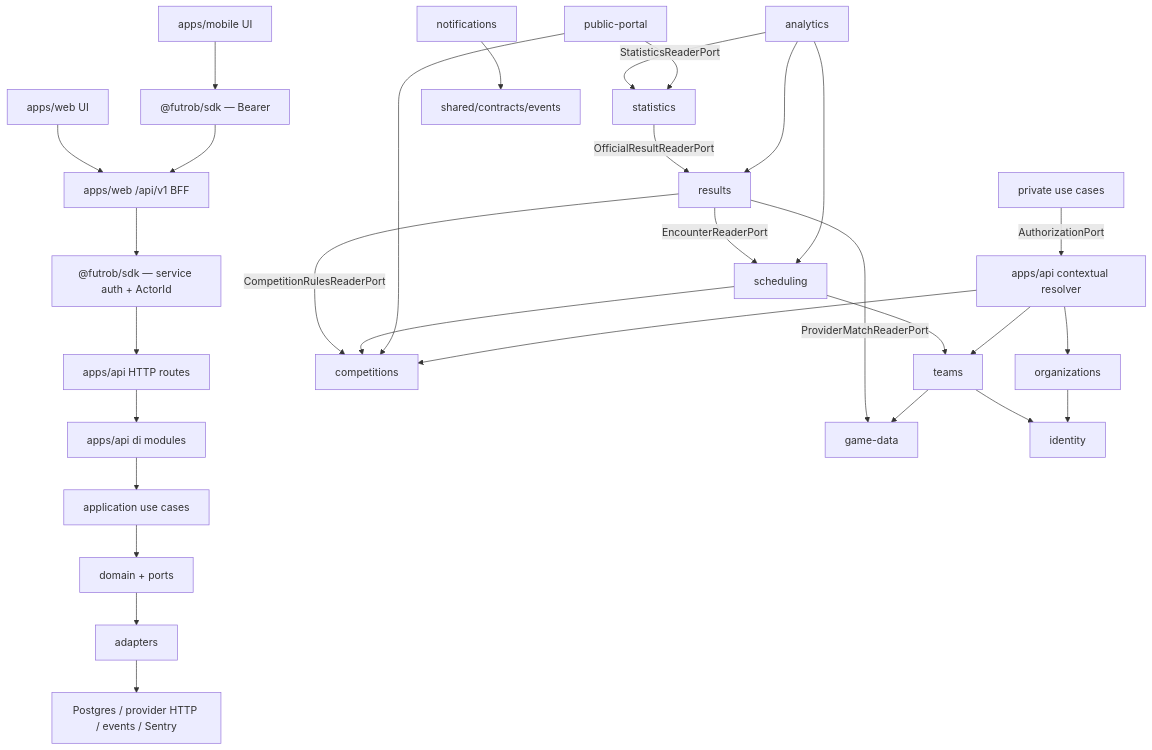
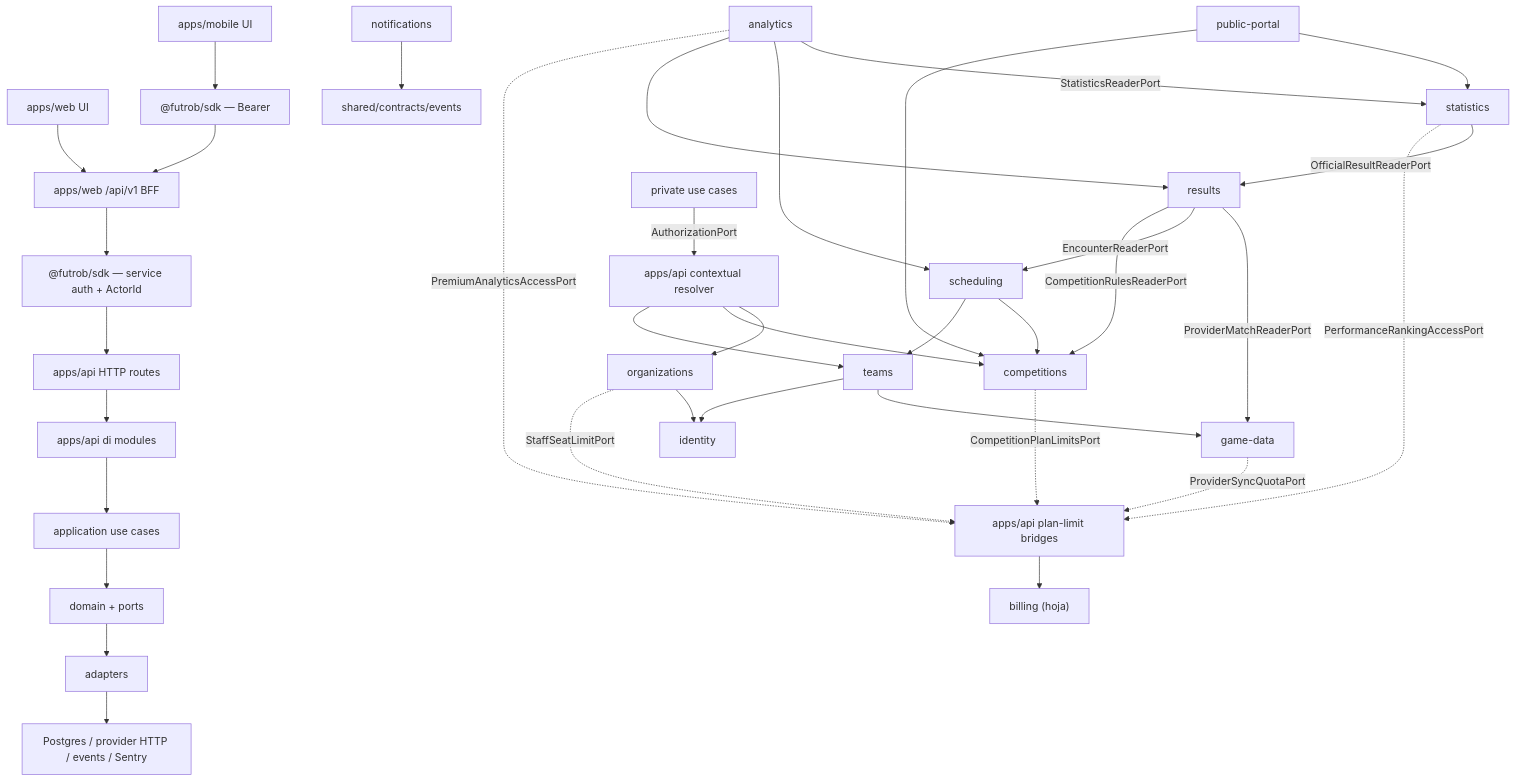
The first of 3 diagrams in docs/architecture/dependency-graph.md (thedavos/futrob), drawn with Mermaid before and after one commit. The commit also changed other lines of this file and 29 other files, not shown here.

````diff
--- a/docs/architecture/dependency-graph.md
+++ b/docs/architecture/dependency-graph.md
@@ -8,33 +8,39 @@
 ```mermaid
 flowchart TD
   WebUI["apps/web UI"] --> BFF["apps/web /api/v1 BFF"]
   MobileUI["apps/mobile UI"] --> ClientSDK["@futrob/sdk — Bearer"]
   ClientSDK --> BFF
   BFF --> SDK["@futrob/sdk — service auth + ActorId"]
   SDK --> ApiRoutes["apps/api HTTP routes"]
   ApiRoutes --> DI["apps/api di modules"]
   DI --> AppLayer["application use cases"]
   AppLayer --> Domain["domain + ports"]
   Domain --> Adapters["adapters"]
   Adapters --> Infra["Postgres / provider HTTP / events / Sentry"]
 
   Results["results"] -->|"ProviderMatchReaderPort"| GameData["game-data"]
   Results -->|"EncounterReaderPort"| Scheduling["scheduling"]
   Results -->|"CompetitionRulesReaderPort"| Competitions["competitions"]
   Statistics["statistics"] -->|"OfficialResultReaderPort"| Results
   Analytics["analytics"] -->|"StatisticsReaderPort"| Statistics
   Analytics --> Scheduling
   Analytics --> Results
   Teams["teams"] --> GameData
   Teams --> Identity["identity"]
   Scheduling --> Competitions
   Scheduling --> Teams
   Notifications["notifications"] --> SharedEvents["shared/contracts/events"]
   PublicPortal["public-portal"] --> Statistics
   PublicPortal --> Competitions
   Organizations["organizations"] --> Identity
+  PlanLimitBridges["apps/api plan-limit bridges"] --> Billing["billing (hoja)"]
+  Competitions -.->|"CompetitionPlanLimitsPort"| PlanLimitBridges
+  Organizations -.->|"StaffSeatLimitPort"| PlanLimitBridges
+  GameData -.->|"ProviderSyncQuotaPort"| PlanLimitBridges
+  Statistics -.->|"PerformanceRankingAccessPort"| PlanLimitBridges
+  Analytics -.->|"PremiumAnalyticsAccessPort"| PlanLimitBridges
   PrivateUseCases["private use cases"] -->|"AuthorizationPort"| AuthResolver["apps/api contextual resolver"]
   AuthResolver --> Organizations
   AuthResolver --> Competitions
   AuthResolver --> Teams
 ```
````
